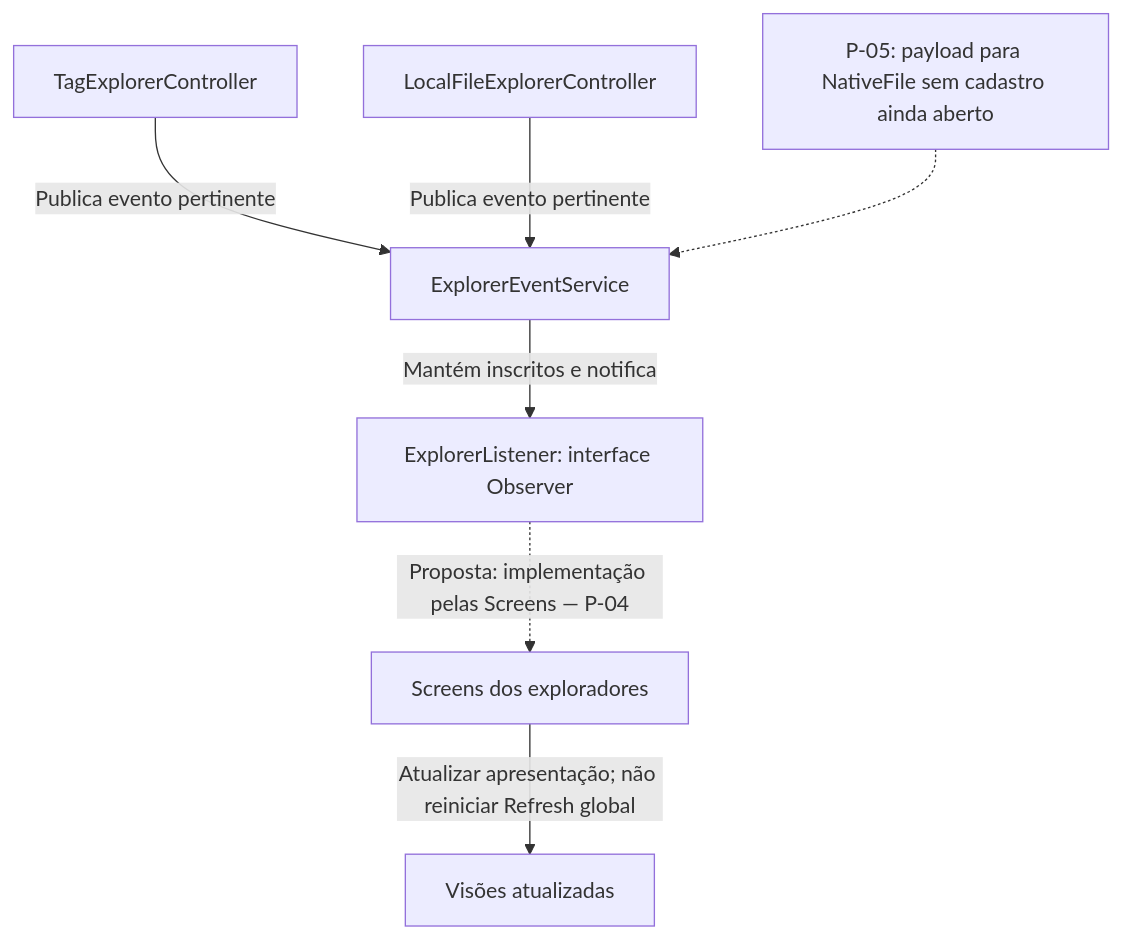
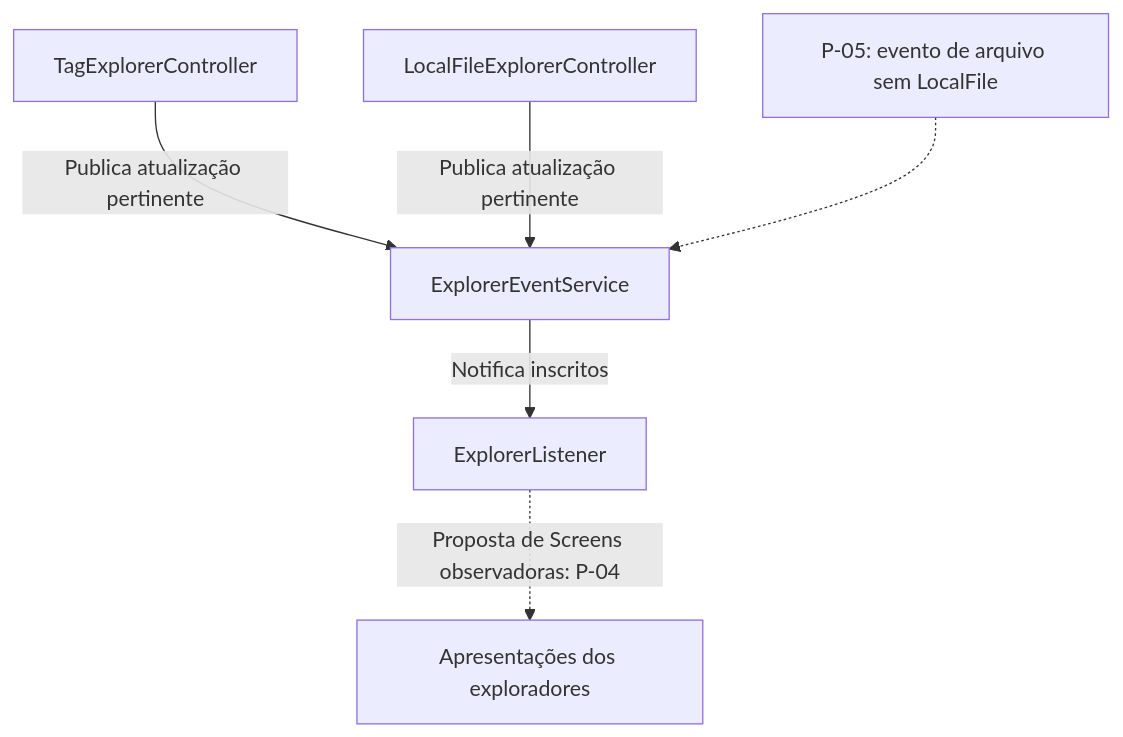
The first of 3 diagrams in doc/arquitetura-e-padroes.md (ARS1802/tag-file), drawn with Mermaid before and after one commit. The commit also changed other lines of this file and 13 other files, not shown here.

````diff
--- a/doc/arquitetura-e-padroes.md
+++ b/doc/arquitetura-e-padroes.md
@@ -259,9 +271,8 @@
 ```mermaid
 flowchart TD
-    TC["TagExplorerController"] -->|"Publica evento pertinente"| E["ExplorerEventService"]
-    LC["LocalFileExplorerController"] -->|"Publica evento pertinente"| E
-    E -->|"Mantém inscritos e notifica"| L["ExplorerListener: interface Observer"]
-    L -.->|"Proposta: implementação pelas Screens — P-04"| S["Screens dos exploradores"]
-    S -->|"Atualizar apresentação; não reiniciar Refresh global"| V["Visões atualizadas"]
-    P["P-05: payload para NativeFile sem cadastro ainda aberto"] -.-> E
+    TC["TagExplorerController"] -->|"Publica atualização pertinente"| E["ExplorerEventService"]
+    LC["LocalFileExplorerController"] -->|"Publica atualização pertinente"| E
+    E -->|"Notifica inscritos"| L["ExplorerListener"]
+    L -.->|"Proposta de Screens observadoras: P-04"| S["Apresentações dos exploradores"]
+    P["P-05: evento de arquivo sem LocalFile"] -.-> E
 ```
````
